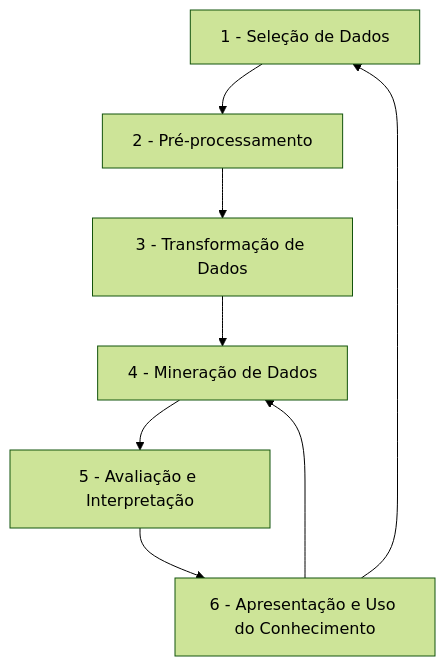
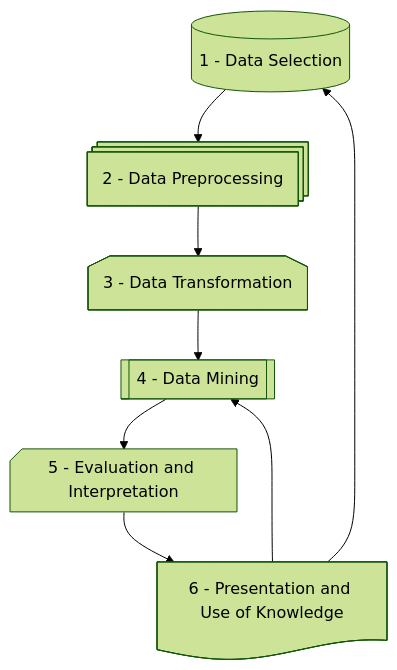
Before and after one commit to hsandmann/ml: the diagram in docs/classroom/kdd/kdd.md, drawn with Mermaid (forest theme). The commit also changed other lines of this file, not shown here.

````diff
--- a/docs/classroom/kdd/kdd.md
+++ b/docs/classroom/kdd/kdd.md
@@ -12,10 +12,10 @@
 ``` mermaid
 flowchart TD
-    A[1 - Seleção de Dados] --> B[2 - Pré-processamento]
-    B --> C[3 - Transformação de Dados]
-    C --> D[4 - Mineração de Dados]
-    D --> E[5 - Avaliação e Interpretação]
-    E --> F[6 - Apresentação e Uso do Conhecimento]
+    A@{ shape: database, label: "1 - Data Selection"} --> B@{ shape: procs, label: "2 - Data Preprocessing"}
+    B --> C@{ shape: notch-pent, label: "3 - Data Transformation"}
+    C --> D@{ shape: subproc, label: "4 - Data Mining"}
+    D --> E@{ shape: notch-rect, label: "5 - Evaluation and Interpretation"}
+    E --> F@{ shape: doc, label: "6 - Presentation and Use of Knowledge"}
     F --> A
     F --> D
 ```
````
